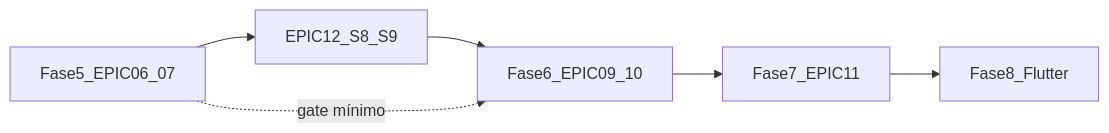
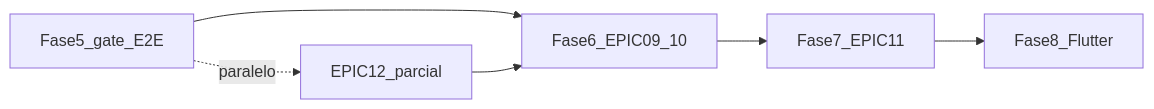
Before and after one commit to tiagocassio/cidadaobr: the first of 17 diagrams in docs/padrão_ledi_e-sus_4f004208.plan.md, drawn with Mermaid. The commit also changed other lines of this file and 56 other files, not shown here.

````diff
--- a/docs/padrão_ledi_e-sus_4f004208.plan.md
+++ b/docs/padrão_ledi_e-sus_4f004208.plan.md
@@ -615,14 +612,14 @@
 ```mermaid
 flowchart LR
-  now[Fase5_EPIC06_07]
-  ref[EPIC12_S8_S9]
+  now[Fase5_gate_E2E]
+  ref[EPIC12_parcial]
   f6[Fase6_EPIC09_10]
   ai[Fase7_EPIC11]
   mob[Fase8_Flutter]
 
-  now --> ref
+  now --> f6
   ref --> f6
   f6 --> ai
   ai --> mob
-  now -.->|"gate mínimo"| f6
+  now -.->|paralelo| ref
 ```
````
